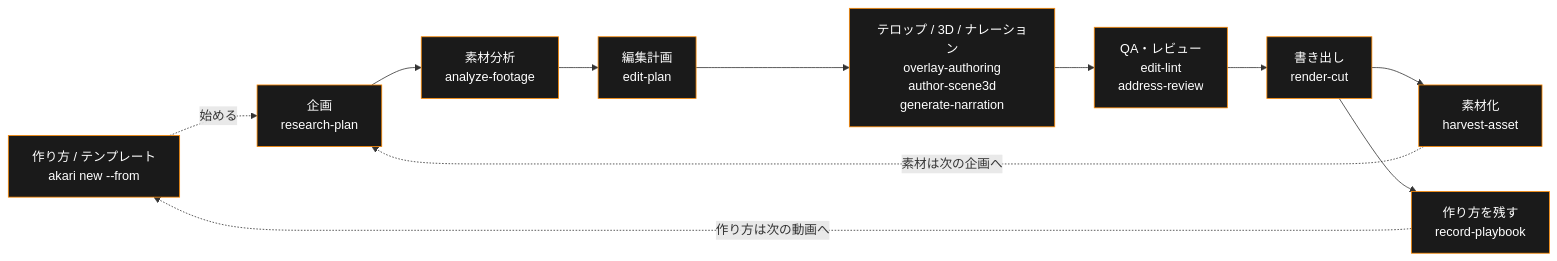
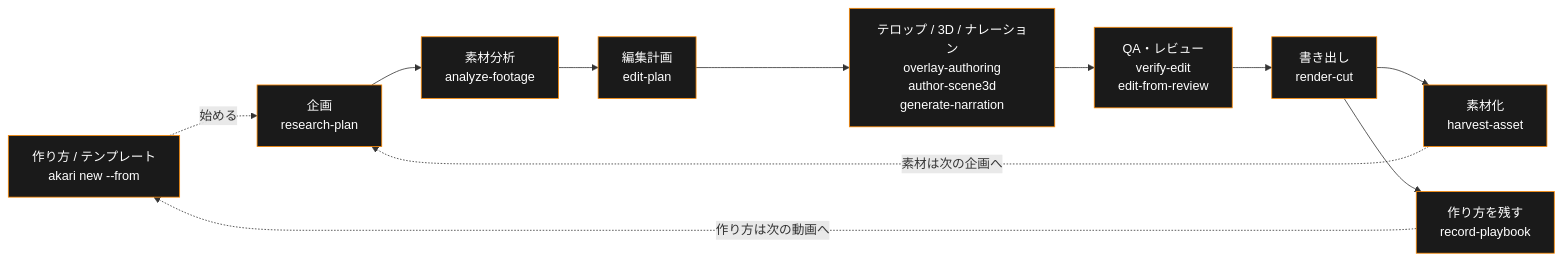
The diagram in README.ja.md (AkariLabs/akari-video), drawn with Mermaid before and after one commit. The commit also changed 217 other files, not shown here.

````diff
--- a/README.ja.md
+++ b/README.ja.md
@@ -88,15 +88,15 @@
 ```mermaid
 flowchart LR
     P["作り方 / テンプレート<br/>akari new --from"] -.始める.-> A
     A["企画<br/>research-plan"] --> B["素材分析<br/>analyze-footage"]
     B --> C["編集計画<br/>edit-plan"]
     C --> D["テロップ / 3D / ナレーション<br/>overlay-authoring<br/>author-scene3d<br/>generate-narration"]
-    D --> E["QA・レビュー<br/>edit-lint<br/>address-review"]
+    D --> E["QA・レビュー<br/>verify-edit<br/>edit-from-review"]
     E --> F["書き出し<br/>render-cut"]
     F --> G["素材化<br/>harvest-asset"]
     F --> H["作り方を残す<br/>record-playbook"]
     G -.素材は次の企画へ.-> A
     H -.作り方は次の動画へ.-> P
     classDef stage fill:#1a1a1a,stroke:#ff8a00,color:#ffffff
     class A,B,C,D,E,F,G,H,P stage
 ```
````
